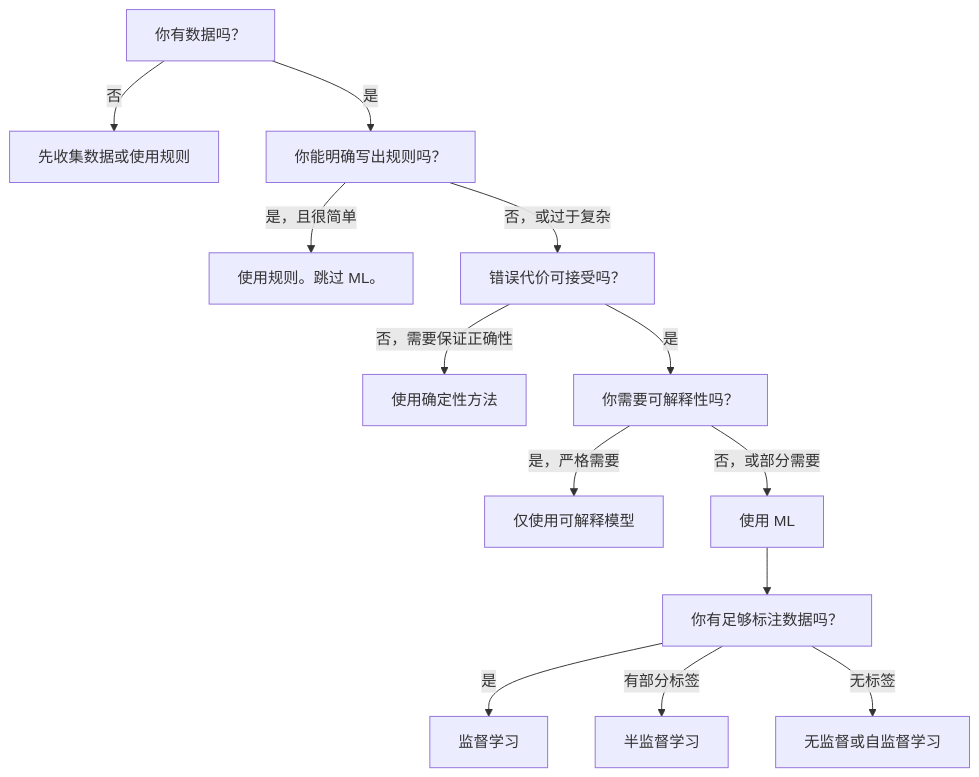
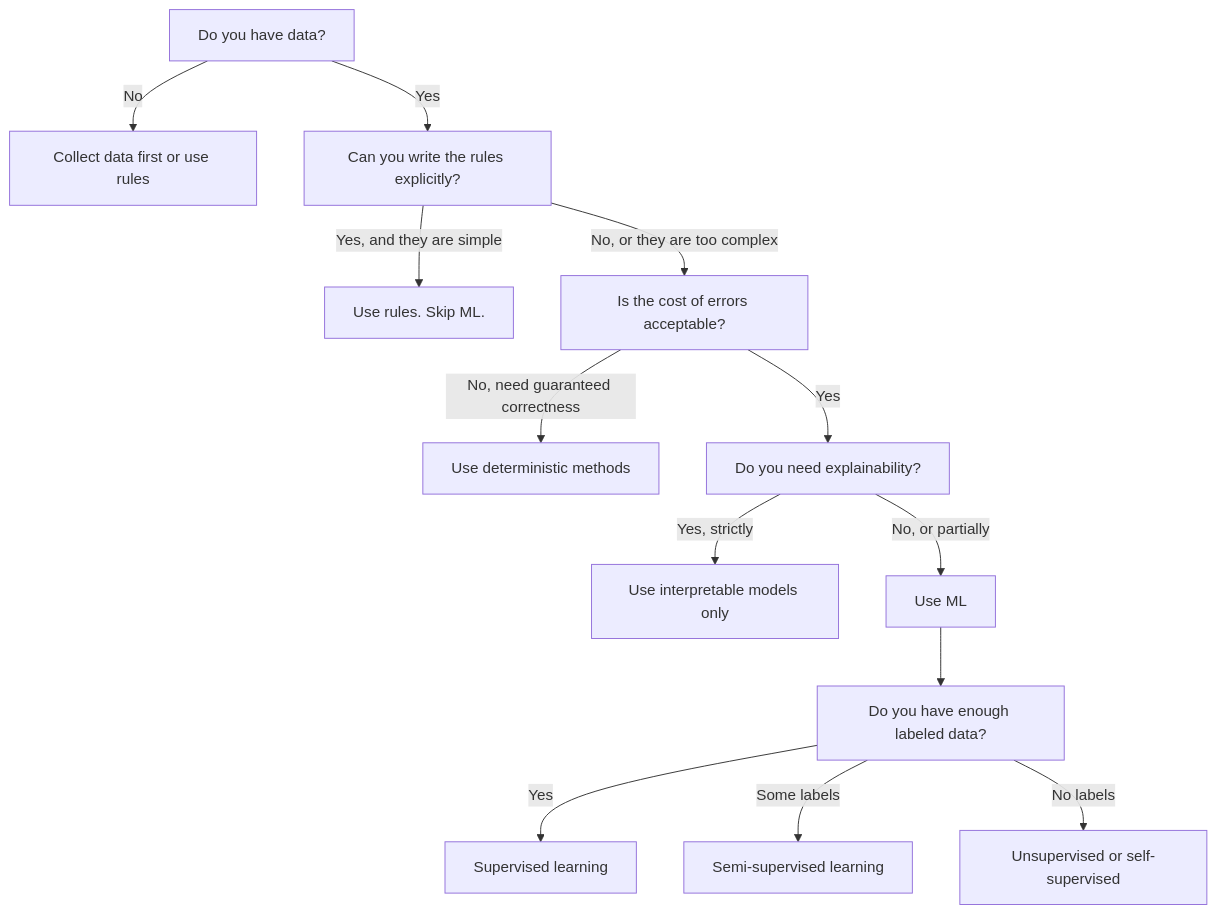
Before and after one commit to xiaojiaenen/ai-engineering-from-scratch-zh: the sixth of 6 diagrams in i18n/zh/phases/02-ml-fundamentals/01-what-is-machine-learning/docs/zh.md, drawn with Mermaid. The commit also changed other lines of this file and 18 other files, not shown here.

````diff
--- a/i18n/zh/phases/02-ml-fundamentals/01-what-is-machine-learning/docs/zh.md
+++ b/i18n/zh/phases/02-ml-fundamentals/01-what-is-machine-learning/docs/zh.md
@@ -275,15 +275,15 @@
 ```mermaid
 flowchart TD
-    A["你有数据吗？"] -->|否| B["先收集数据或使用规则"]
-    A -->|是| C["你能明确写出规则吗？"]
-    C -->|"是，且很简单"| D["使用规则。跳过 ML。"]
-    C -->|"否，或过于复杂"| E["错误代价可接受吗？"]
-    E -->|"否，需要保证正确性"| F["使用确定性方法"]
-    E -->|是| G["你需要可解释性吗？"]
-    G -->|"是，严格需要"| H["仅使用可解释模型"]
-    G -->|"否，或部分需要"| I["使用 ML"]
-    I --> J["你有足够标注数据吗？"]
-    J -->|是| K["监督学习"]
-    J -->|"有部分标签"| L["半监督学习"]
-    J -->|"无标签"| M["无监督或自监督学习"]
+    A["Do you have data?"] -->|No| B["Collect data first or use rules"]
+    A -->|Yes| C["Can you write the rules explicitly?"]
+    C -->|"Yes, and they are simple"| D["Use rules. Skip ML."]
+    C -->|"No, or they are too complex"| E["Is the cost of errors acceptable?"]
+    E -->|"No, need guaranteed correctness"| F["Use deterministic methods"]
+    E -->|Yes| G["Do you need explainability?"]
+    G -->|"Yes, strictly"| H["Use interpretable models only"]
+    G -->|"No, or partially"| I["Use ML"]
+    I --> J["Do you have enough labeled data?"]
+    J -->|Yes| K["Supervised learning"]
+    J -->|"Some labels"| L["Semi-supervised learning"]
+    J -->|"No labels"| M["Unsupervised or self-supervised"]
 ```
````
